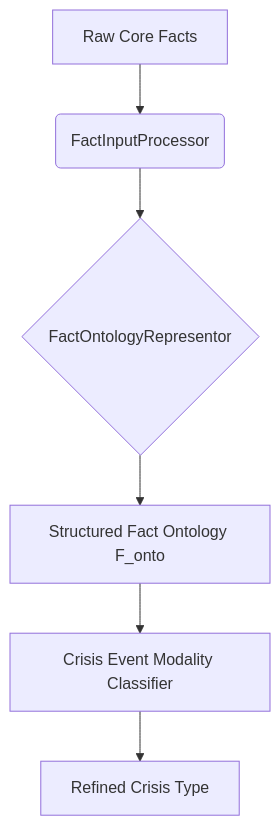
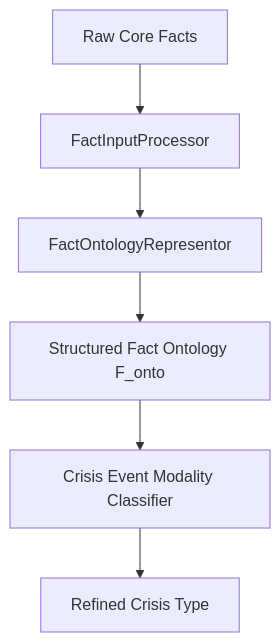
The first of 2 diagrams in inventions/010_unified_crisis_communications_generation.md (diplomat-bit/Citibank_Demo_Business_Inc_Demonstration-), drawn with Mermaid before and after one commit. The commit also changed other lines of this file, not shown here.

````diff
--- a/inventions/010_unified_crisis_communications_generation.md
+++ b/inventions/010_unified_crisis_communications_generation.md
@@ -26,8 +28,8 @@
     ```mermaid
     graph TD
-        A[Raw Core Facts] --> B(FactInputProcessor);
-        B --> C{FactOntologyRepresentor};
+        A[Raw Core Facts] --> B[FactInputProcessor];
+        B --> C[FactOntologyRepresentor];
         C --> D[Structured Fact Ontology F_onto];
         D --> E[Crisis Event Modality Classifier];
         E --> F[Refined Crisis Type];
     ```
````
